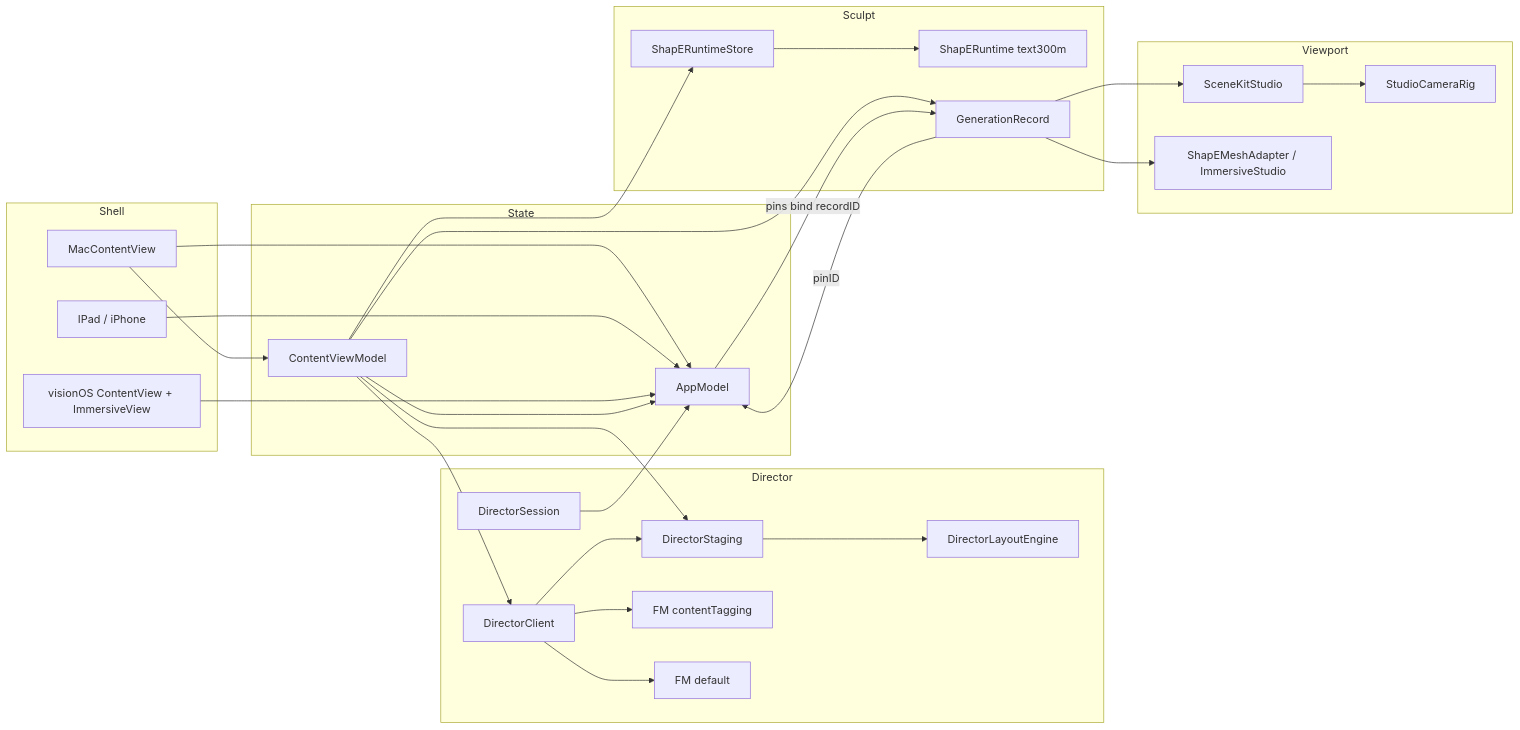
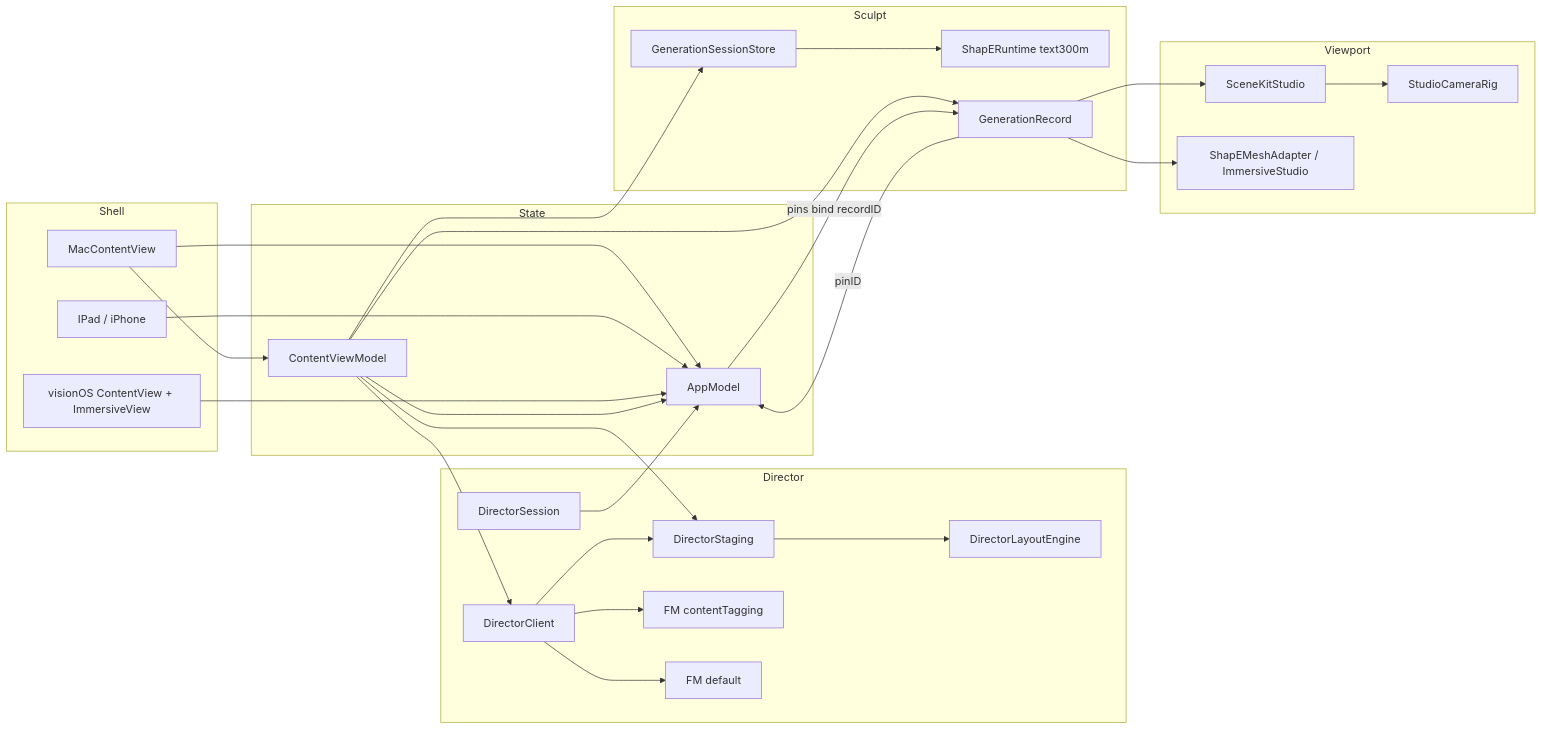
One commit to signalnotnoise/Mesquette changed the first of 2 diagrams in docs/knowledge-graph.md. Above: the diagram before and after it, drawn with Mermaid. The commit also changed other lines of this file and 23 other files, not shown here.

````diff
--- a/docs/knowledge-graph.md
+++ b/docs/knowledge-graph.md
@@ -76,55 +75,55 @@
 ```mermaid
 flowchart LR
   subgraph ui [Shell]
     Mac[MacContentView]
     iOS[IPad / iPhone]
     vis[visionOS ContentView + ImmersiveView]
   end
 
   subgraph state [State]
     AM[AppModel]
     VM[ContentViewModel]
   end
 
   subgraph director [Director]
     DC[DirectorClient]
     DS[DirectorStaging]
     DLE[DirectorLayoutEngine]
     Sess[DirectorSession]
     Tag["FM contentTagging"]
     Def["FM default"]
   end
 
   subgraph sculpt [Sculpt]
-    Store[ShapERuntimeStore]
+    Store[GenerationSessionStore]
     SE[ShapERuntime text300m]
     Rec[GenerationRecord]
   end
 
   subgraph view [Viewport]
     SCN[SceneKitStudio]
     Cam[StudioCameraRig]
     RK[ShapEMeshAdapter / ImmersiveStudio]
   end
 
   Mac --> AM
   iOS --> AM
   vis --> AM
   Mac --> VM
   VM --> AM
   VM --> DC
   VM --> DS
   VM --> Store
   DC --> Tag
   DC --> Def
   DC --> DS
   DS --> DLE
   Sess --> AM
   Store --> SE
   VM --> Rec
   Rec --> SCN
   Rec --> RK
   SCN --> Cam
   AM -->|pins bind recordID| Rec
   Rec -->|pinID| AM
 ```
````
